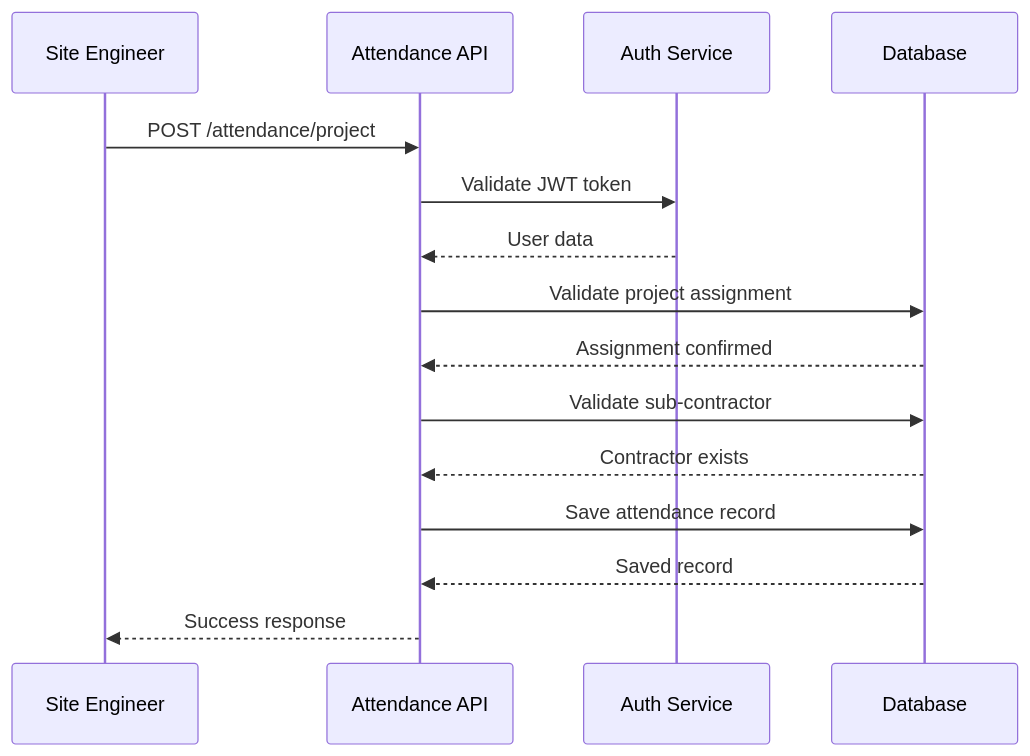
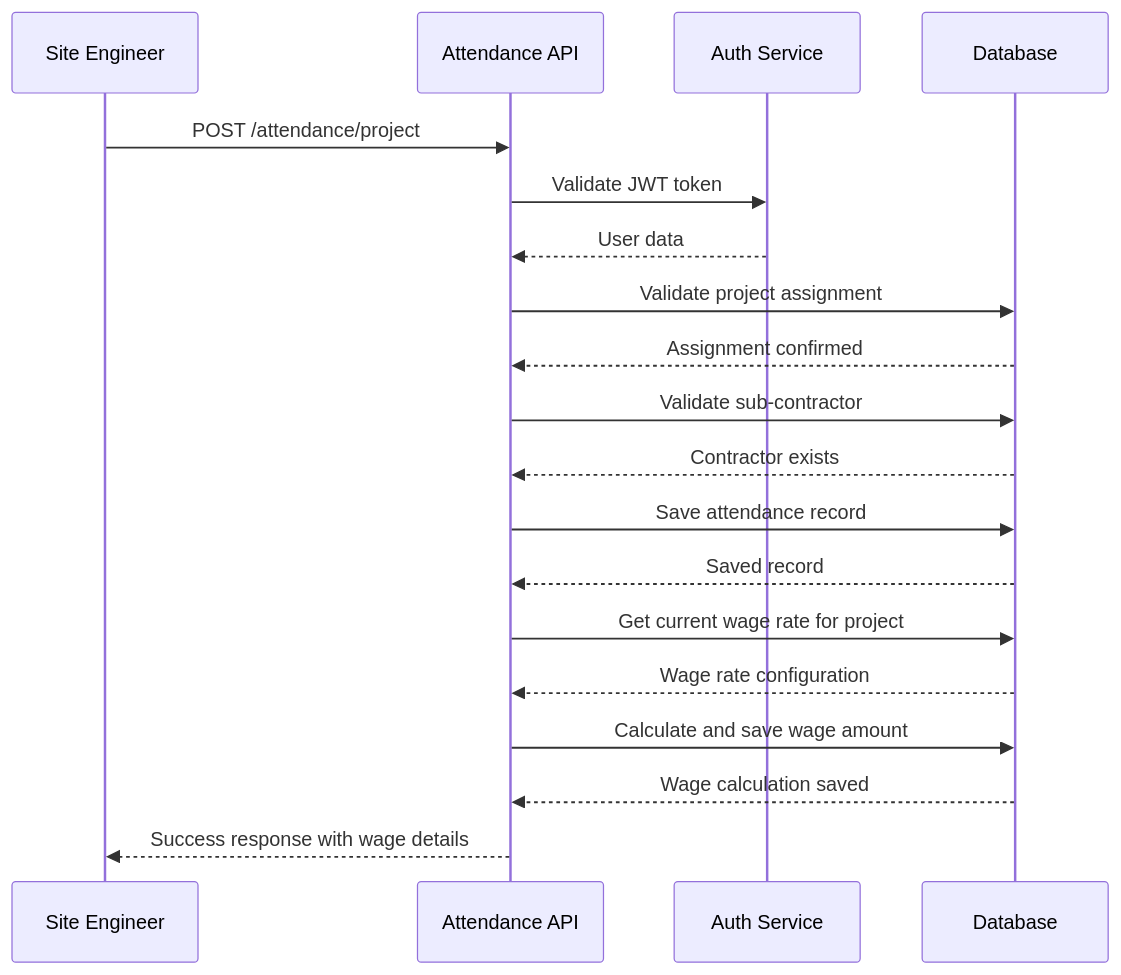
Before and after one commit to revolter-sudo/IPM: the second of 2 diagrams in docs/attendance_module_design.md, drawn with Mermaid. The commit also changed other lines of this file and 69 other files, not shown here.

````diff
--- a/docs/attendance_module_design.md
+++ b/docs/attendance_module_design.md
@@ -407,18 +721,22 @@
 ```mermaid
 sequenceDiagram
     participant SE as Site Engineer
     participant API as Attendance API
     participant Auth as Auth Service
     participant DB as Database
 
     SE->>API: POST /attendance/project
     API->>Auth: Validate JWT token
     Auth-->>API: User data
     API->>DB: Validate project assignment
     DB-->>API: Assignment confirmed
     API->>DB: Validate sub-contractor
     DB-->>API: Contractor exists
     API->>DB: Save attendance record
     DB-->>API: Saved record
-    API-->>SE: Success response
+    API->>DB: Get current wage rate for project
+    DB-->>API: Wage rate configuration
+    API->>DB: Calculate and save wage amount
+    DB-->>API: Wage calculation saved
+    API-->>SE: Success response with wage details
 ```
````
